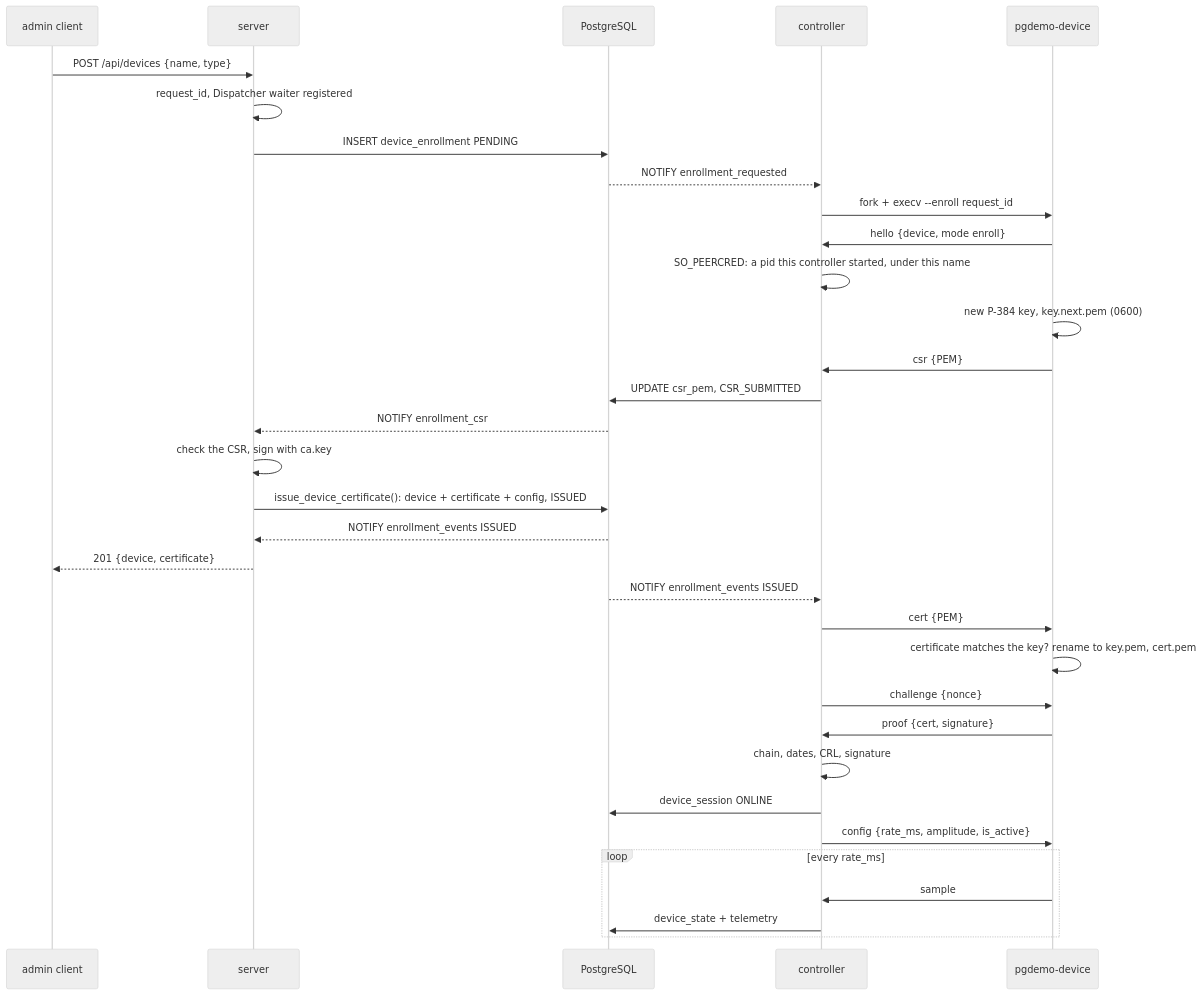
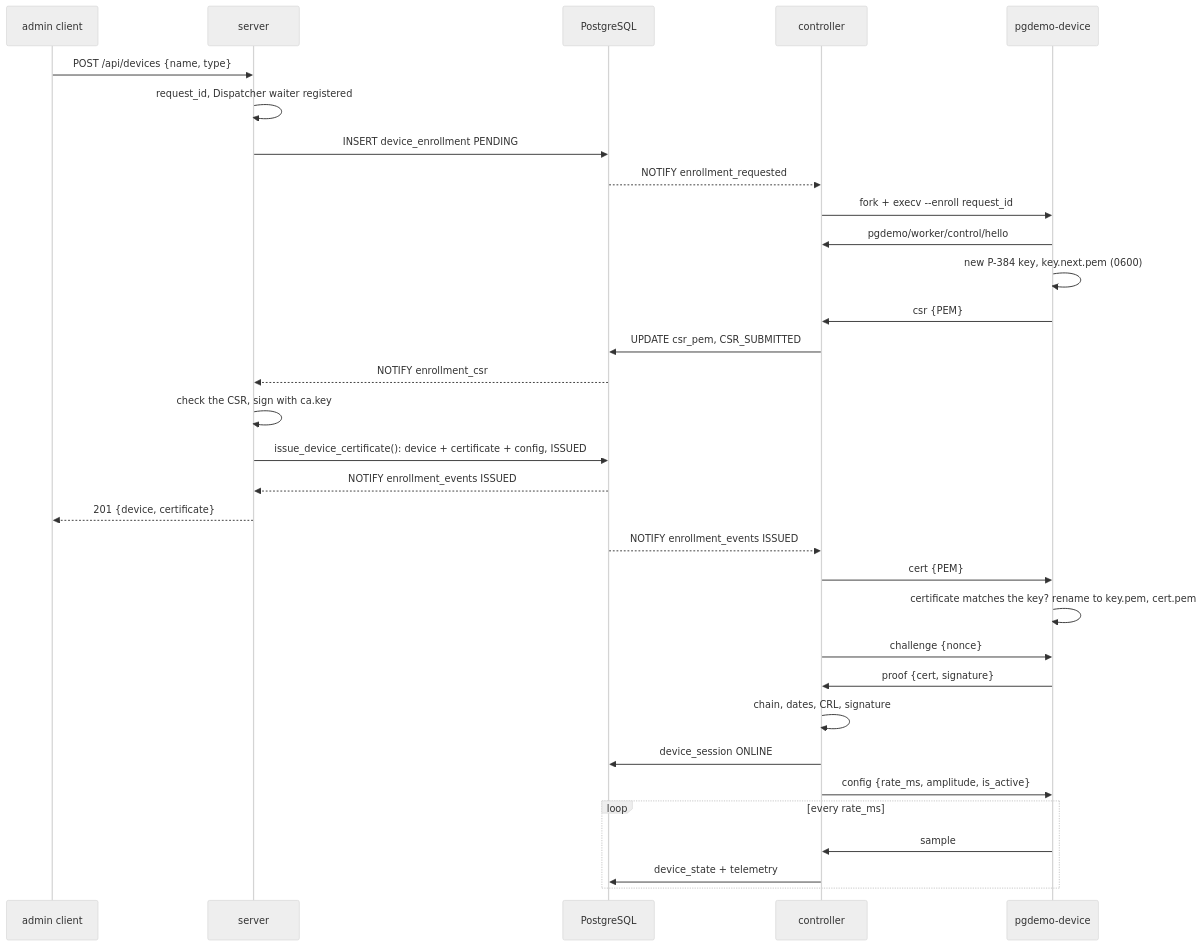
Before and after one commit to jgmatu/postgresql: the fourth of 5 diagrams in docs/DEVICE_PKI.md, drawn with Mermaid (neutral theme). The commit also changed other lines of this file and 44 other files, not shown here.

````diff
--- a/docs/DEVICE_PKI.md
+++ b/docs/DEVICE_PKI.md
@@ -144,35 +144,34 @@
 ```mermaid
 sequenceDiagram
     participant A as admin client
     participant S as server
     participant P as PostgreSQL
     participant C as controller
     participant D as pgdemo-device
     A->>S: POST /api/devices {name, type}
     S->>S: request_id, Dispatcher waiter registered
     S->>P: INSERT device_enrollment PENDING
     P-->>C: NOTIFY enrollment_requested
     C->>D: fork + execv --enroll request_id
-    D->>C: hello {device, mode enroll}
-    C->>C: SO_PEERCRED: a pid this controller started, under this name
+    D->>C: pgdemo/worker/control/hello
     D->>D: new P-384 key, key.next.pem (0600)
     D->>C: csr {PEM}
     C->>P: UPDATE csr_pem, CSR_SUBMITTED
     P-->>S: NOTIFY enrollment_csr
     S->>S: check the CSR, sign with ca.key
     S->>P: issue_device_certificate(): device + certificate + config, ISSUED
     P-->>S: NOTIFY enrollment_events ISSUED
     S-->>A: 201 {device, certificate}
     P-->>C: NOTIFY enrollment_events ISSUED
     C->>D: cert {PEM}
     D->>D: certificate matches the key? rename to key.pem, cert.pem
     C->>D: challenge {nonce}
     D->>C: proof {cert, signature}
     C->>C: chain, dates, CRL, signature
     C->>P: device_session ONLINE
     C->>D: config {rate_ms, amplitude, is_active}
     loop every rate_ms
         D->>C: sample
         C->>P: device_state + telemetry
     end
 ```
````
